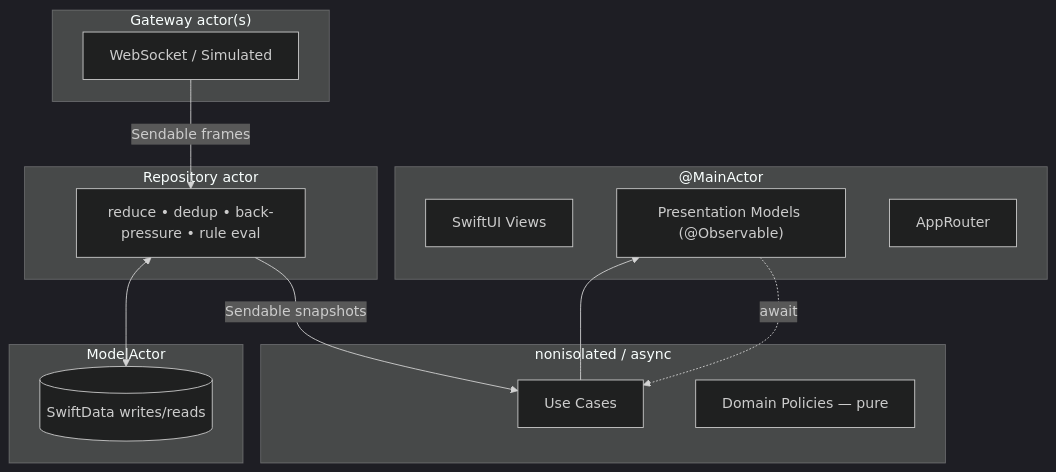
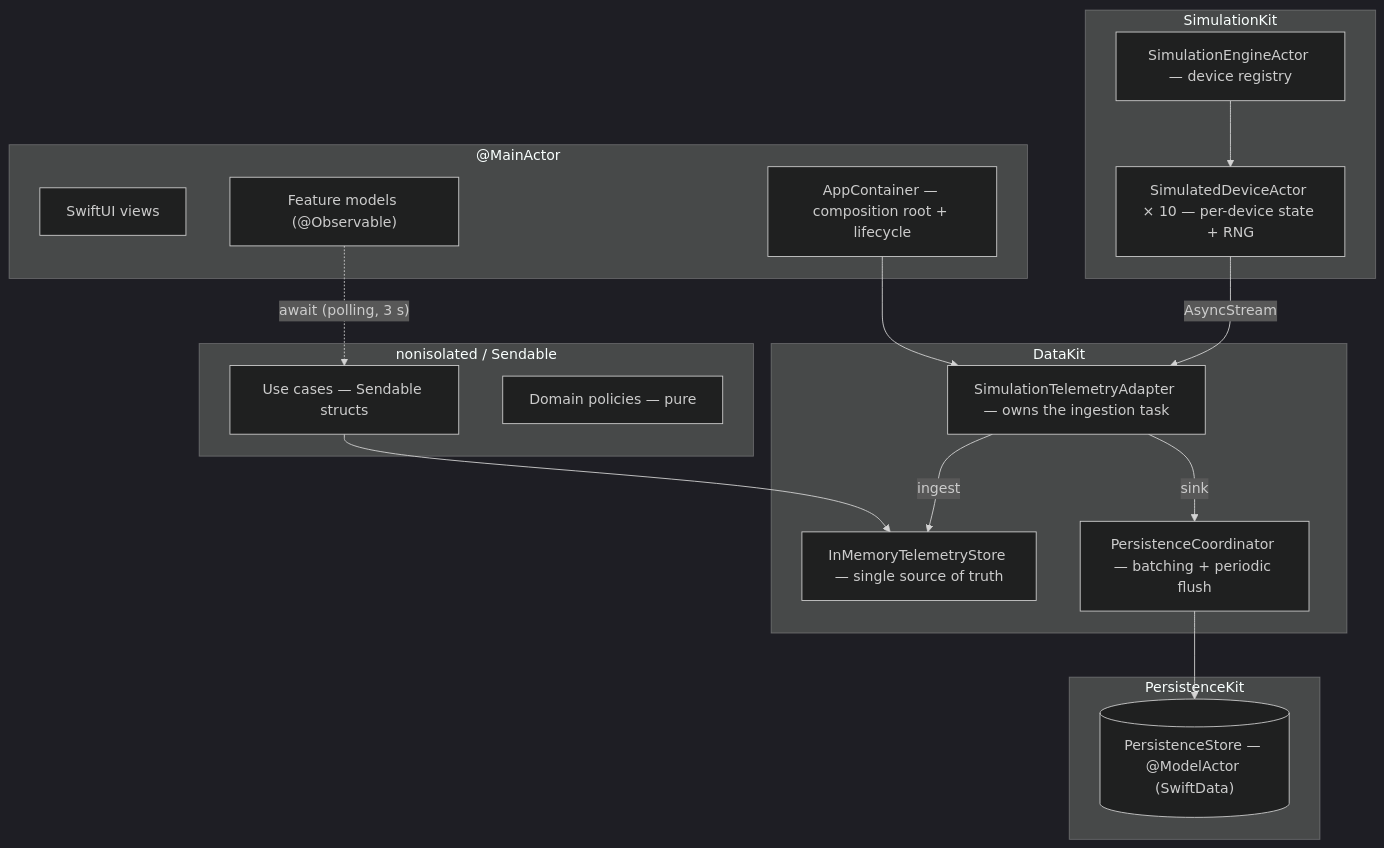
One commit to donatogomez/signal-flow changed the diagram in docs/07-concurrency.md. Above: the diagram before and after it, drawn with Mermaid (dark theme). The commit also changed other lines of this file and 27 other files, not shown here.

````diff
--- a/docs/07-concurrency.md
+++ b/docs/07-concurrency.md
@@ -11,26 +10,32 @@
 ```mermaid
 flowchart TB
     subgraph Main["@MainActor"]
-        V[SwiftUI Views]
-        PM["Presentation Models (@Observable)"]
-        R[AppRouter]
+        V[SwiftUI views]
+        PM["Feature models (@Observable)"]
+        AC[AppContainer — composition root + lifecycle]
     end
-    subgraph GwActor["Gateway actor(s)"]
-        G[WebSocket / Simulated]
+    subgraph Sim["SimulationKit"]
+        ENG[SimulationEngineActor — device registry]
+        DEV["SimulatedDeviceActor × 10 — per-device state + RNG"]
     end
-    subgraph RepoActor["Repository actor"]
-        RP[reduce • dedup • back-pressure • rule eval]
+    subgraph Data["DataKit"]
+        AD[SimulationTelemetryAdapter — owns the ingestion task]
+        ST[InMemoryTelemetryStore — single source of truth]
+        PC[PersistenceCoordinator — batching + periodic flush]
     end
-    subgraph StoreActor["ModelActor"]
-        ST[(SwiftData writes/reads)]
+    subgraph Persist["PersistenceKit"]
+        MA[("PersistenceStore — @ModelActor (SwiftData)")]
     end
-    subgraph NonIso["nonisolated / async"]
-        UC[Use Cases]
-        POL[Domain Policies — pure]
+    subgraph NonIso["nonisolated / Sendable"]
+        UC[Use cases — Sendable structs]
+        POL[Domain policies — pure]
     end
-    G -->|Sendable frames| RP
-    RP -->|Sendable snapshots| UC
-    UC --> PM
-    RP <--> ST
-    PM -. await .-> UC
+    DEV -->|AsyncStream| AD
+    ENG --> DEV
+    AD -->|ingest| ST
+    AD -->|sink| PC
+    PC --> MA
+    PM -. "await (polling, 3 s)" .-> UC
+    UC --> ST
+    AC --> AD
 ```
````
